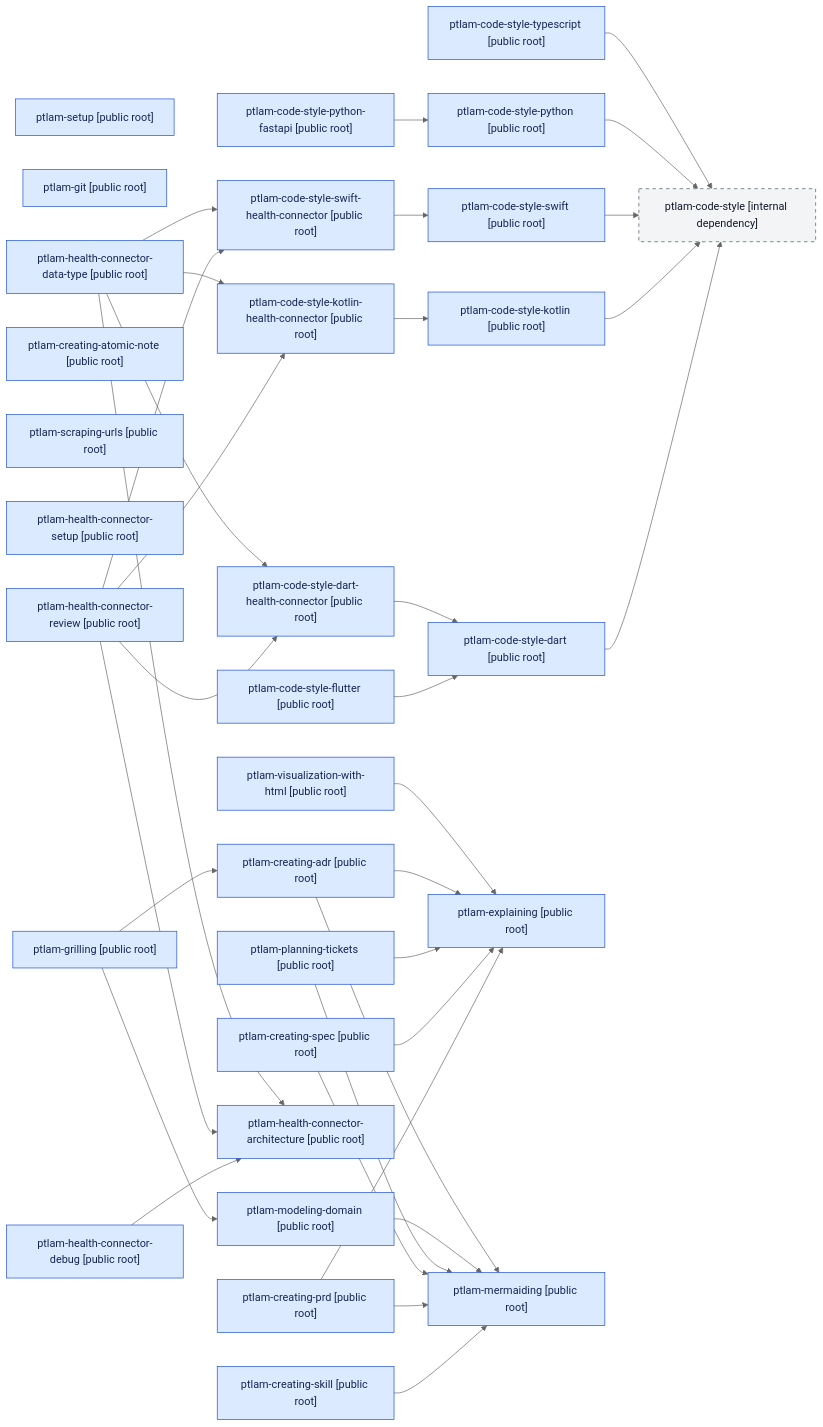
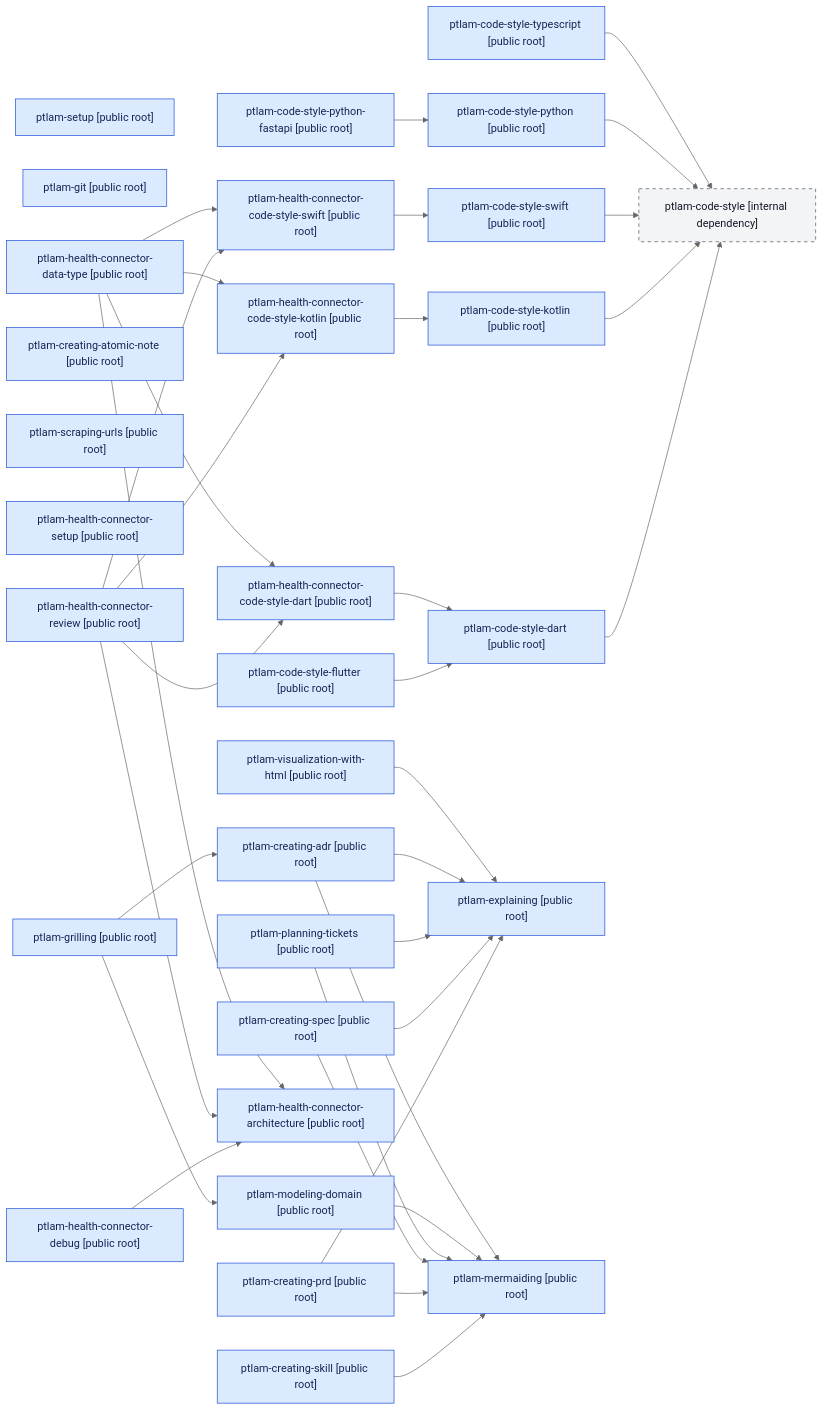
Before and after one commit to fam-tung-lam/ptlam-agent-plugin: the diagram in skills/README.md, drawn with Mermaid (neutral theme). The commit also changed other lines of this file and 327 other files, not shown here.

Commit message:
refactor(health-connector): align skill family names

```diff
--- a/skills/README.md
+++ b/skills/README.md
@@ -65,9 +65,9 @@
   skill_24["ptlam-health-connector-debug [public root]"]
   skill_25["ptlam-health-connector-review [public root]"]
   skill_26["ptlam-health-connector-data-type [public root]"]
-  skill_27["ptlam-code-style-dart-health-connector [public root]"]
-  skill_28["ptlam-code-style-kotlin-health-connector [public root]"]
-  skill_29["ptlam-code-style-swift-health-connector [public root]"]
+  skill_27["ptlam-health-connector-code-style-dart [public root]"]
+  skill_28["ptlam-health-connector-code-style-kotlin [public root]"]
+  skill_29["ptlam-health-connector-code-style-swift [public root]"]
   skill_3 --> skill_2
   skill_4 --> skill_2
   skill_5 --> skill_2
```
